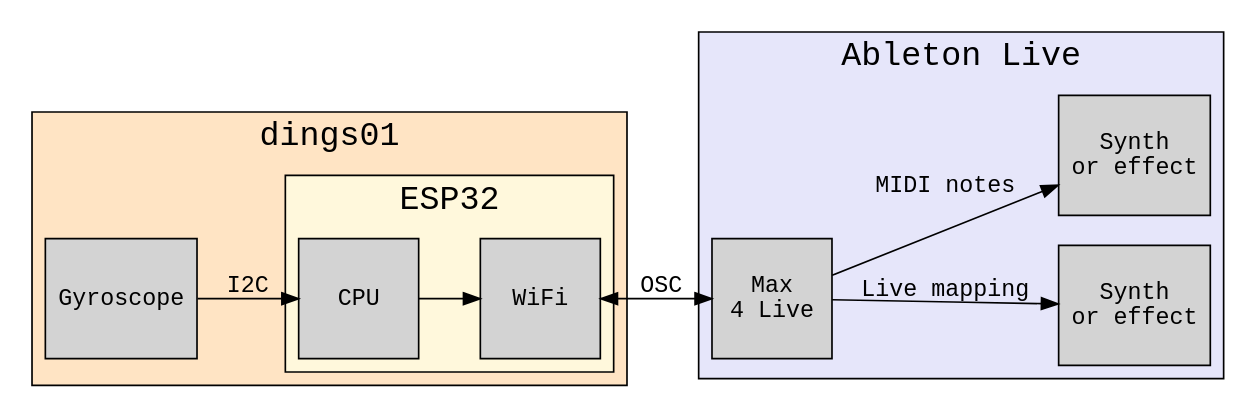
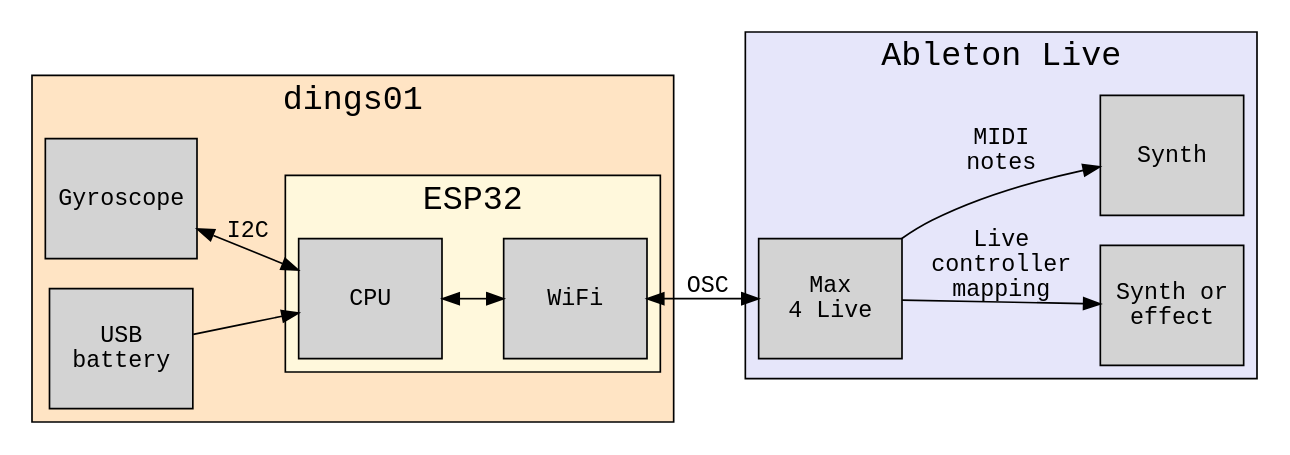
The diagram in dings01/docs/diagrams/components.puml (badeand/dings), drawn with PlantUML before and after one commit. The commit also changed 2 other files, not shown here.

```diff
--- a/dings01/docs/diagrams/components.puml
+++ b/dings01/docs/diagrams/components.puml
@@ -1,46 +1,49 @@
 @startuml
 
 digraph Q {
 
   rankdir=LR
-  node [style=rounded, shape=box, width=1, height=1, style=filled, fontname="Courier"]
+  node [style=rounded, shape=box, width=1.2, height=1, style=filled, fontname="Courier"]
 
-  gyro -> cpu [label="I2C", fontname="Courier"]
-  cpu -> wifi
+  gyro -> cpu [label="I2C", dir=both ,fontname="Courier"]
+  cpu -> wifi [dir=both]
   wifi -> m4l [label="OSC" dir=both, fontname="Courier"]
-  m4l -> effect [label="Live mapping", fontname="Courier"]
-  m4l -> synth [label="MIDI notes", fontname="Courier"]
+  m4l -> effect [label="Live\ncontroller\nmapping", fontname="Courier"]
+  m4l -> synth [label="MIDI\nnotes", fontname="Courier"]
 
   subgraph cluster_dings01 {
     fontname="Courier"
     label="dings01"
     bgcolor=bisque
     fontsize="20"
 
     gyro [label="Gyroscope"];
+    battery [label="USB\nbattery"];
+
+    battery -> cpu;
 
     subgraph cluster_esp32  {
       label="ESP32"
       fontname="Courier"
       fontsize="20"
       bgcolor=cornsilk
 
       cpu [label="CPU"];
       wifi  [label="WiFi"];
     }
   }
 
   subgraph cluster_computer {
       fontname="Courier"
       label="Ableton Live"
       bgcolor=lavender
       fontsize="20"
 
       m4l [bgcolor=yellow label="Max\n4 Live"];
-      effect [label="Synth\nor effect"];
-      synth [label="Synth\nor effect"];
+      effect [label="Synth or\neffect"];
+      synth [label="Synth"];
   }
 
 }
 
 @enduml
```
